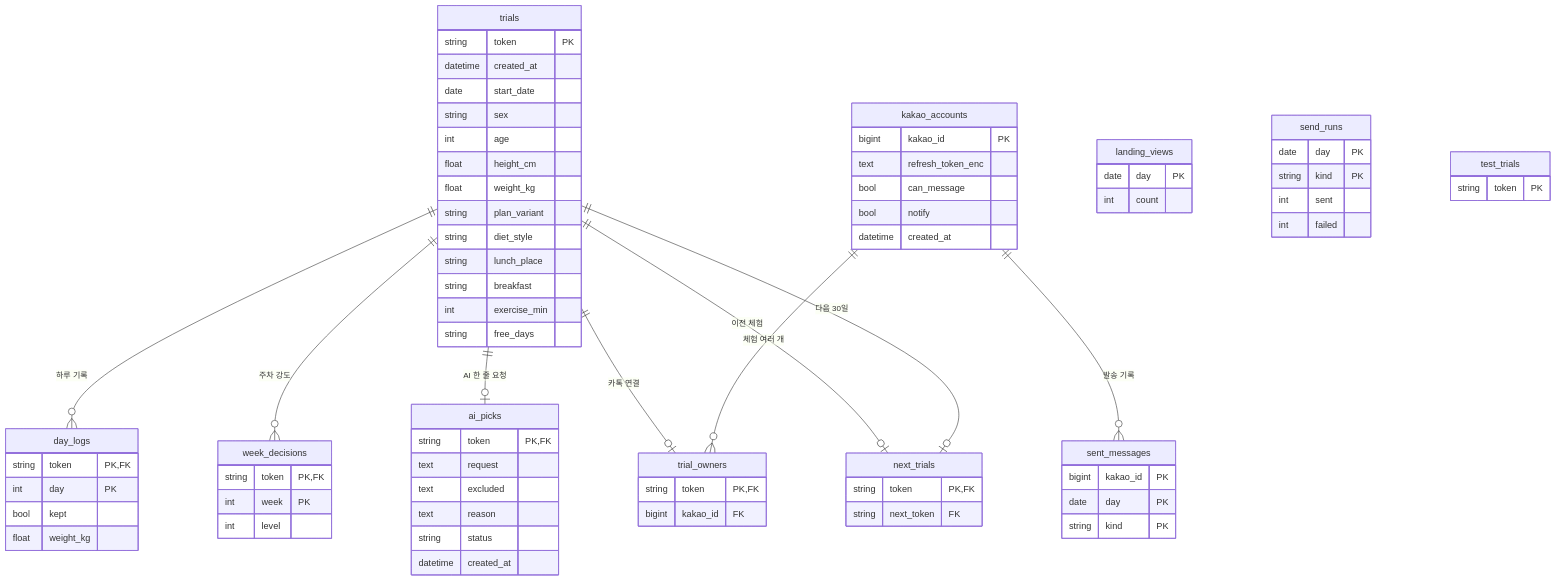
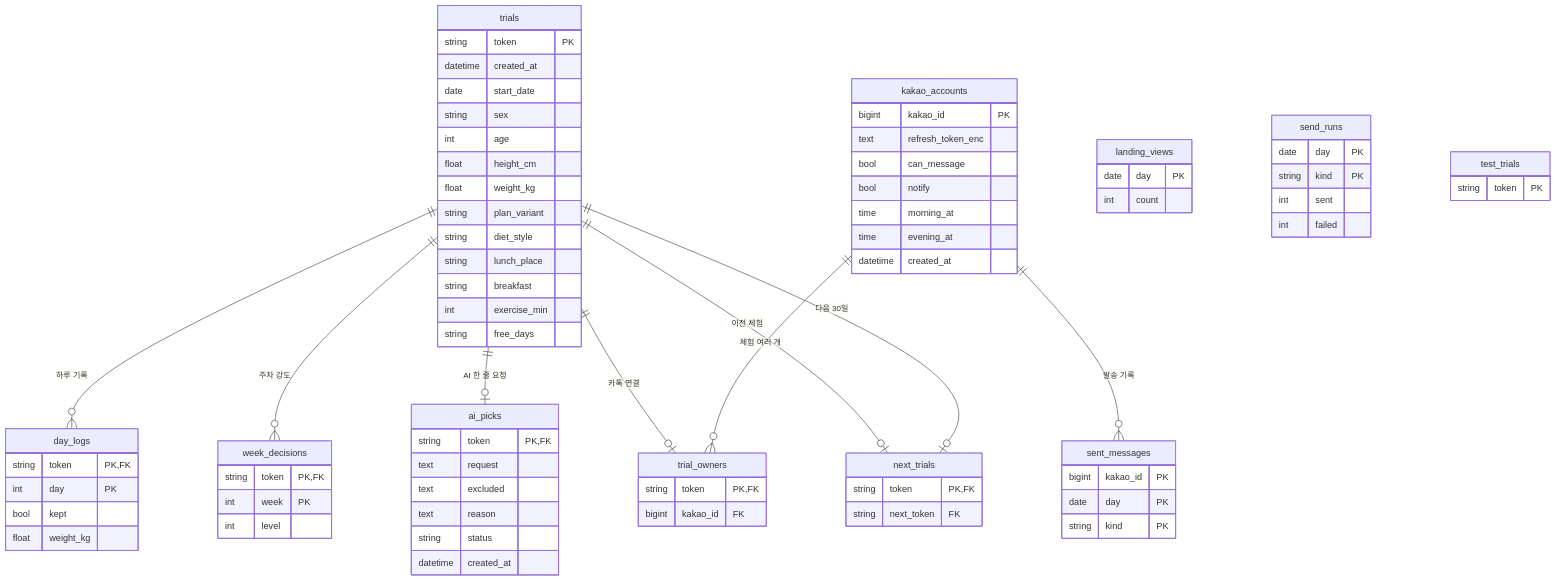
Before and after one commit to AI-HealthCare-07/watchme: the first of 5 diagrams in docs/deliverables/erd.md, drawn with Mermaid. The commit also changed other lines of this file and 6 other files, not shown here.

````diff
--- a/docs/deliverables/erd.md
+++ b/docs/deliverables/erd.md
@@ -17,79 +17,81 @@
 ```mermaid
 erDiagram
     trials ||--o{ day_logs : "하루 기록"
     trials ||--o{ week_decisions : "주차 강도"
     trials ||--o| ai_picks : "AI 한 줄 요청"
     trials ||--o| trial_owners : "카톡 연결"
     kakao_accounts ||--o{ trial_owners : "체험 여러 개"
     kakao_accounts ||--o{ sent_messages : "발송 기록"
     trials ||--o| next_trials : "이전 체험"
     trials ||--o| next_trials : "다음 30일"
 
     trials {
         string token PK
         datetime created_at
         date start_date
         string sex
         int age
         float height_cm
         float weight_kg
         string plan_variant
         string diet_style
         string lunch_place
         string breakfast
         int exercise_min
         string free_days
     }
     day_logs {
         string token PK, FK
         int day PK
         bool kept
         float weight_kg
     }
     week_decisions {
         string token PK, FK
         int week PK
         int level
     }
     ai_picks {
         string token PK, FK
         text request
         text excluded
         text reason
         string status
         datetime created_at
     }
     kakao_accounts {
         bigint kakao_id PK
         text refresh_token_enc
         bool can_message
         bool notify
+        time morning_at
+        time evening_at
         datetime created_at
     }
     trial_owners {
         string token PK, FK
         bigint kakao_id FK
     }
     sent_messages {
         bigint kakao_id PK
         date day PK
         string kind PK
     }
     next_trials {
         string token PK, FK
         string next_token FK
     }
     landing_views {
         date day PK
         int count
     }
     send_runs {
         date day PK
         string kind PK
         int sent
         int failed
     }
     test_trials {
         string token PK
     }
 ```
````
